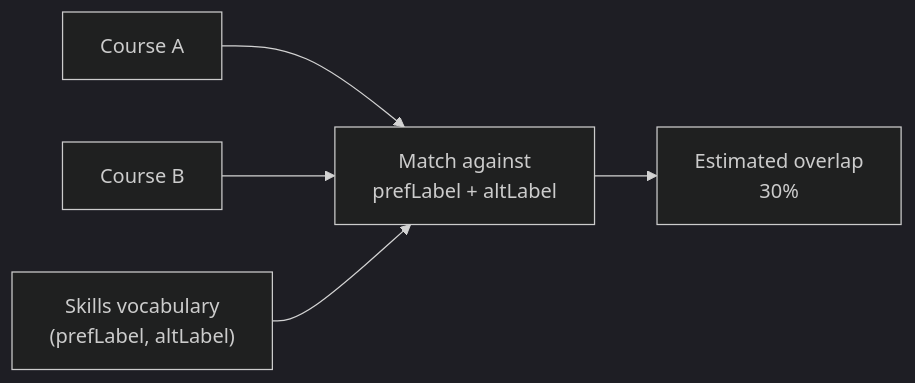
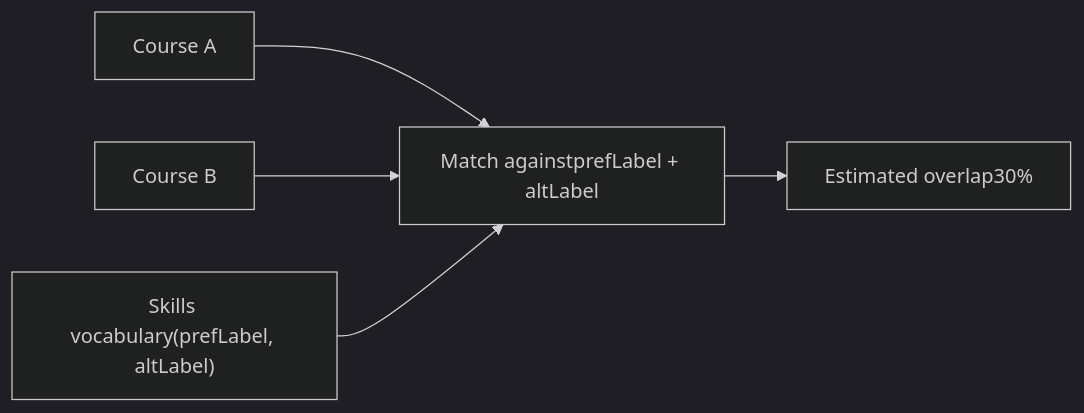
Before and after one commit to leskneebone/skills-SPARQL: diagram 12 of 18 in reports/creditTransfer.md, drawn with Mermaid (dark theme). The commit also changed other lines of this file, not shown here.

````diff
--- a/reports/creditTransfer.md
+++ b/reports/creditTransfer.md
@@ -128,7 +128,7 @@
 ```mermaid
 flowchart LR
-  A["Course A"] --> M["Match against\nprefLabel + altLabel"]
+  A["Course A"] --> M["Match againstprefLabel + altLabel"]
   B["Course B"] --> M
-  S["Skills vocabulary\n(prefLabel, altLabel)"] --> M
-  M --> O["Estimated overlap\n30%"]
+  S["Skills vocabulary(prefLabel, altLabel)"] --> M
+  M --> O["Estimated overlap30%"]
 ```
````
